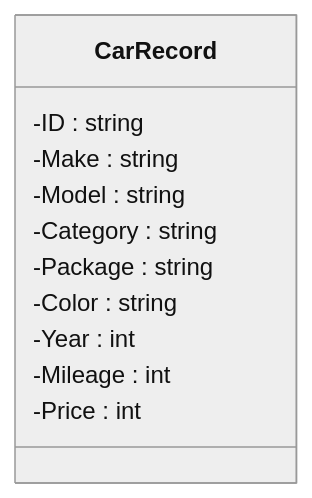
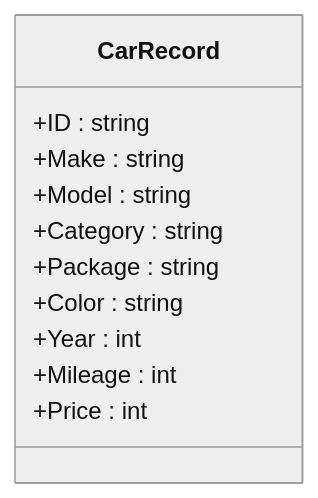
One commit to YoungOak/Go-API changed the second of 2 diagrams in README.md. Above: the diagram before and after it, drawn with Mermaid (neutral theme). The commit also changed other lines of this file, not shown here.

Commit message:
diagram_fix

````diff
--- a/README.md
+++ b/README.md
@@ -25,15 +26,14 @@
 ```mermaid
 classDiagram
     class CarRecord {
-        -ID : string
-        -Make : string
-        -Model : string
-        -Category : string
-        -Package : string
-        -Color : string
-        -Year : int
-        -Mileage : int
-        -Price : int
+        +ID : string
+        +Make : string
+        +Model : string
+        +Category : string
+        +Package : string
+        +Color : string
+        +Year : int
+        +Mileage : int
+        +Price : int
     }
-
 ```
````
